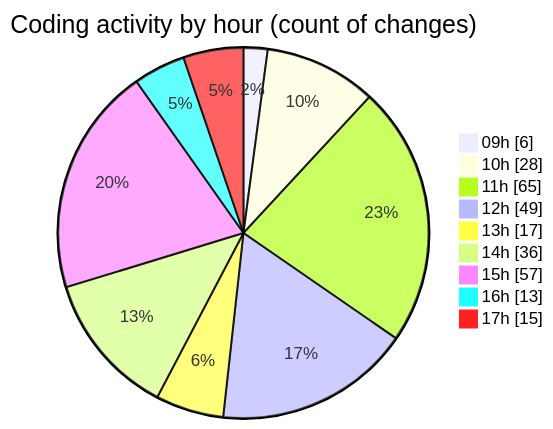
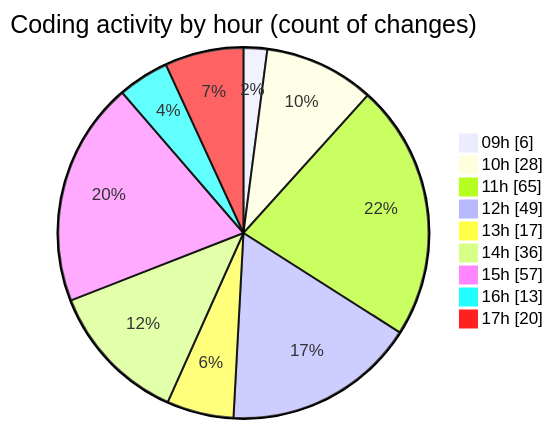
The second of 2 diagrams in 2025-03-27/cda/README.md (momahboobian/code-tracking), drawn with Mermaid before and after one commit. The commit also changed other lines of this file and 1 other file, not shown here.

````diff
--- a/2025-03-27/cda/README.md
+++ b/2025-03-27/cda/README.md
@@ -33,13 +33,13 @@
 ```mermaid
 pie showData
 title Coding activity by hour (count of changes)
 "09h" : 6
 "10h" : 28
 "11h" : 65
 "12h" : 49
 "13h" : 17
 "14h" : 36
 "15h" : 57
 "16h" : 13
-"17h" : 15
+"17h" : 20
 ```
````
